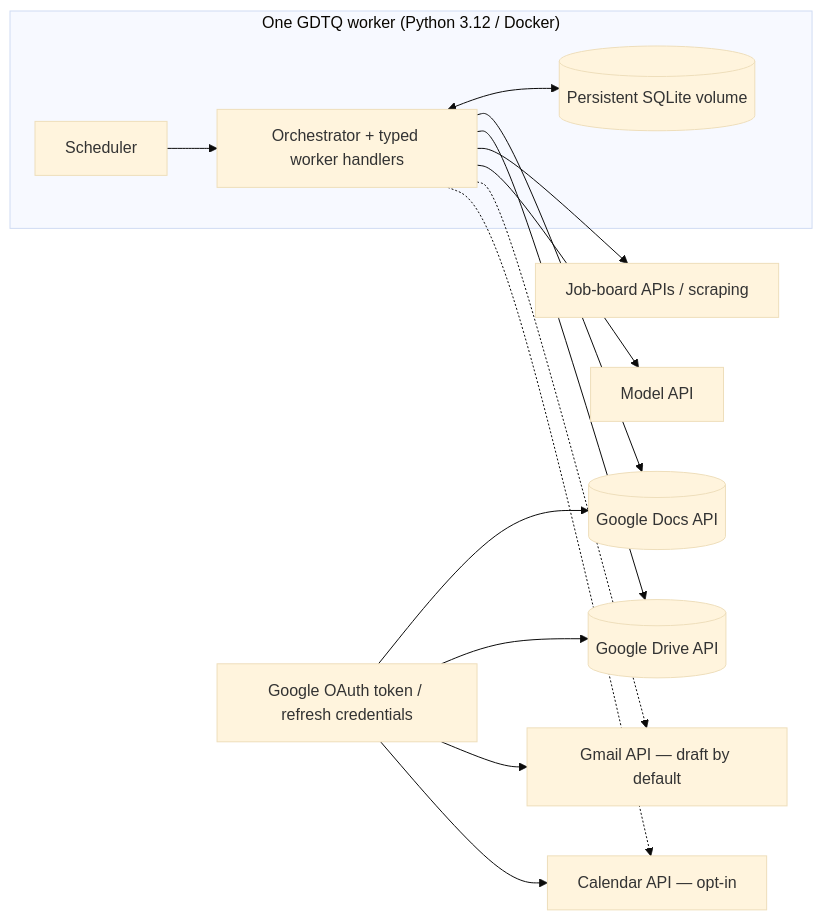
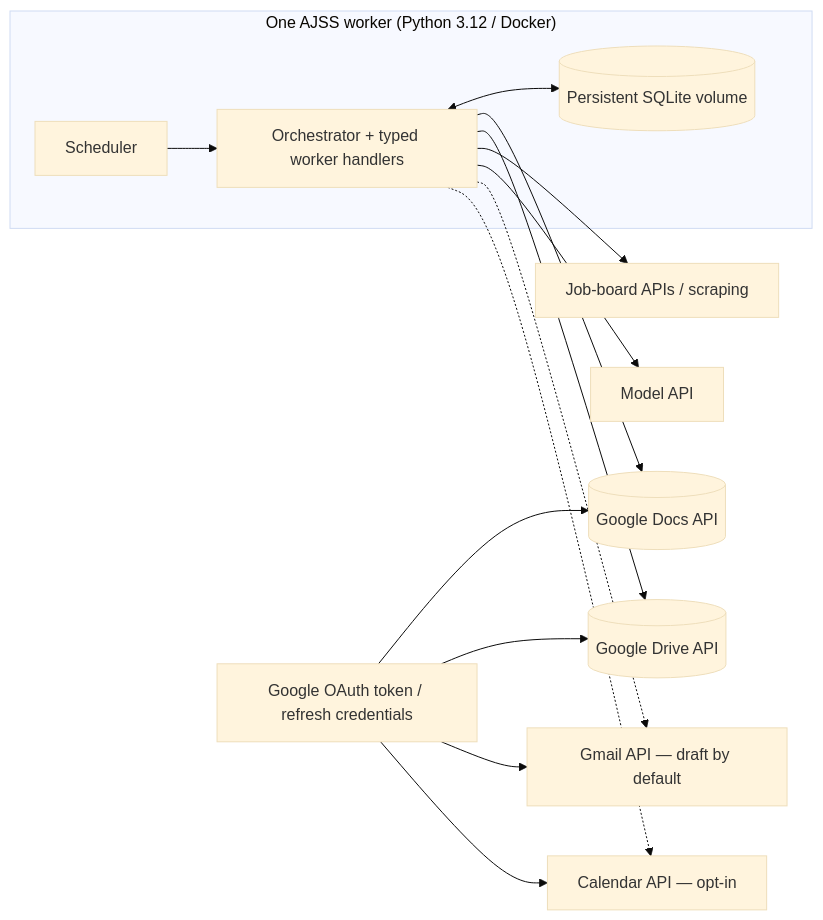
One commit to assafep/ai-job-search-system changed the fifth of 5 diagrams in docs/architecture.md. Above: the diagram before and after it, drawn with Mermaid (base theme). The commit also changed other lines of this file and 17 other files, not shown here.

Commit message:
Standardize AJSS Docker development workflow

````diff
--- a/docs/architecture.md
+++ b/docs/architecture.md
@@ -199,27 +199,27 @@
 ```mermaid
 flowchart LR
-  subgraph Host["One GDTQ worker (Python 3.12 / Docker)"]
+  subgraph Host["One AJSS worker (Python 3.12 / Docker)"]
     Scheduler["Scheduler"]
     O["Orchestrator + typed worker handlers"]
     SQLITE[("Persistent SQLite volume")]
     Scheduler --> O
     O <--> SQLITE
   end
   OAuth["Google OAuth token / refresh credentials"]
   GDocs[("Google Docs API")]
   GDrive[("Google Drive API")]
   ATS["Job-board APIs / scraping"]
   LLM["Model API"]
   Gmail["Gmail API — draft by default"]
   Calendar["Calendar API — opt-in"]
   O --> GDocs
   O --> GDrive
   O --> ATS
   O --> LLM
   O -.-> Gmail
   O -.-> Calendar
   OAuth --> GDocs
   OAuth --> GDrive
   OAuth --> Gmail
   OAuth --> Calendar
 ```
````
